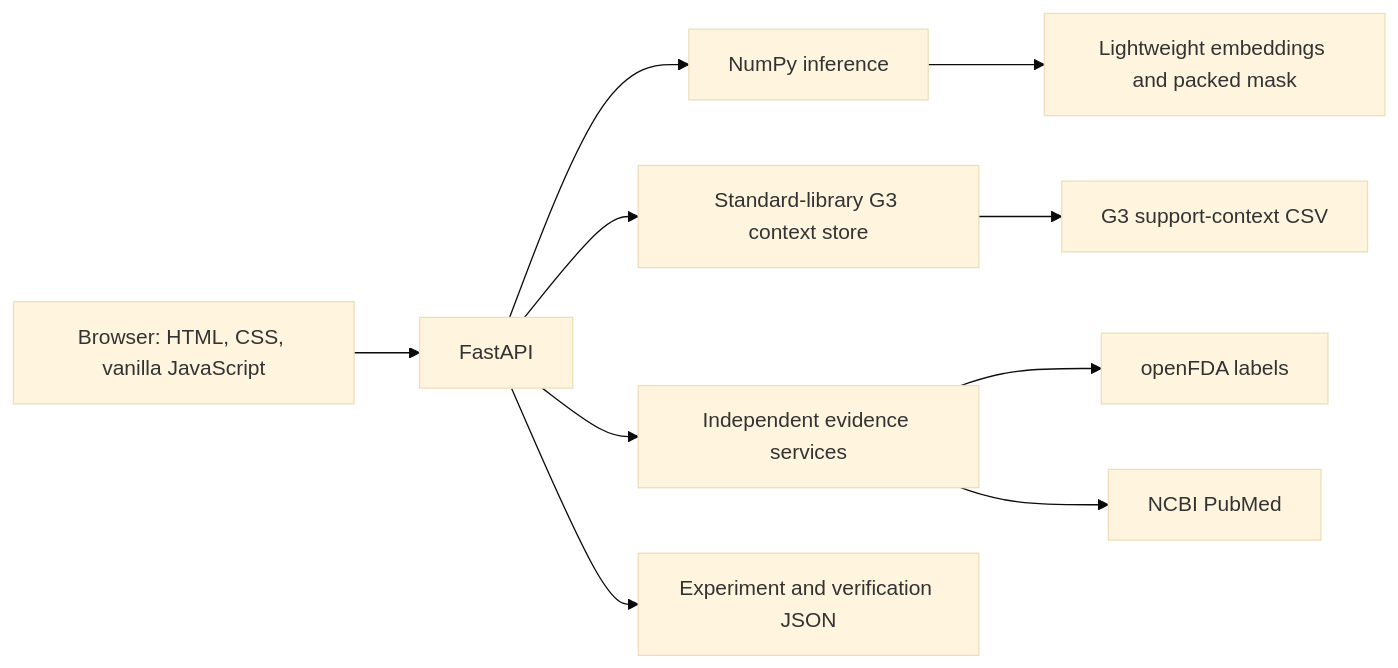
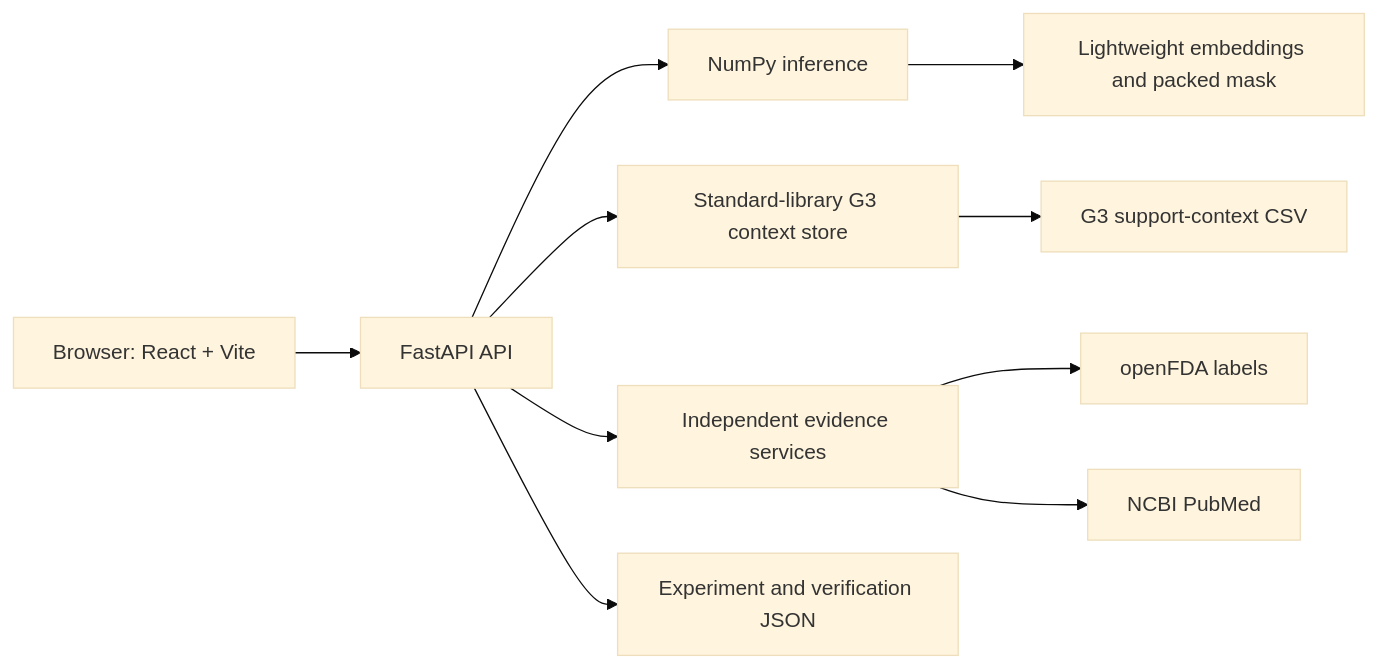
One commit to Tuvshinjargal03/CHEERS-PrimeKG-RGCN-DDI-Prediction_draft1 changed the second of 2 diagrams in README.md. Above: the diagram before and after it, drawn with Mermaid (base theme). The commit also changed other lines of this file and 2 other files, not shown here.

Commit message:
docs: align React interface and release inventory

````diff
--- a/README.md
+++ b/README.md
@@ -686,12 +706,12 @@
 ```mermaid
 flowchart LR
-    B[Browser: HTML, CSS, vanilla JavaScript] --> F[FastAPI]
+    B[Browser: React + Vite] --> F[FastAPI API]
     F --> N[NumPy inference]
     N --> L[Lightweight embeddings and packed mask]
     F --> C[Standard-library G3 context store]
     C --> CSV[G3 support-context CSV]
     F --> E[Independent evidence services]
     E --> O[openFDA labels]
     E --> P[NCBI PubMed]
     F --> R[Experiment and verification JSON]
 ```
````
